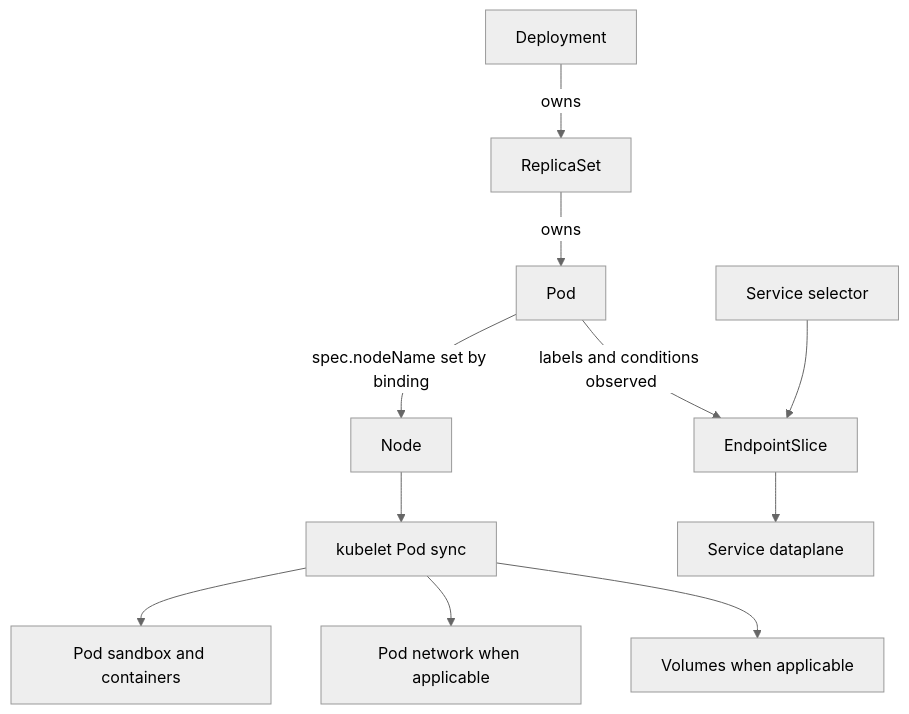
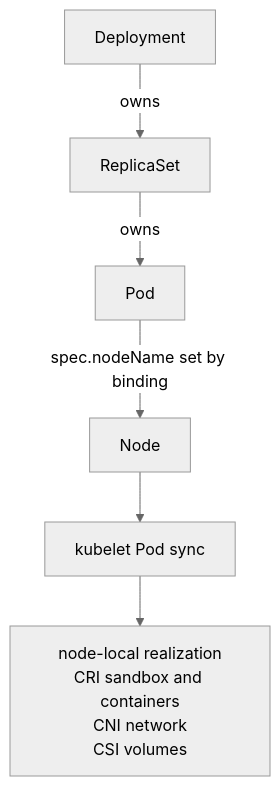
Before and after one commit to searge/deck: the second of 4 diagrams in core/k8s/object_to_running_pod.md, drawn with Mermaid (neutral theme). The commit also changed other lines of this file and 27 other files, not shown here.

````diff
--- a/core/k8s/object_to_running_pod.md
+++ b/core/k8s/object_to_running_pod.md
@@ -53,13 +49,8 @@
 ```mermaid
 flowchart TD
     D[Deployment] -->|owns| RS[ReplicaSet]
     RS -->|owns| P[Pod]
     P -->|spec.nodeName set by binding| N[Node]
     N --> K[kubelet Pod sync]
-    K --> CRI[Pod sandbox and containers]
-    K --> CNI[Pod network when applicable]
-    K --> CSI[Volumes when applicable]
-    P -->|labels and conditions observed| ES[EndpointSlice]
-    SVC[Service selector] --> ES
-    ES --> DP[Service dataplane]
+    K --> L["node-local realization<br/>CRI sandbox and containers<br/>CNI network<br/>CSI volumes"]
 ```
````
